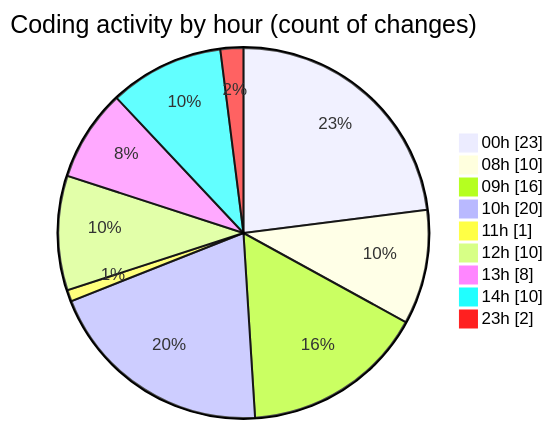
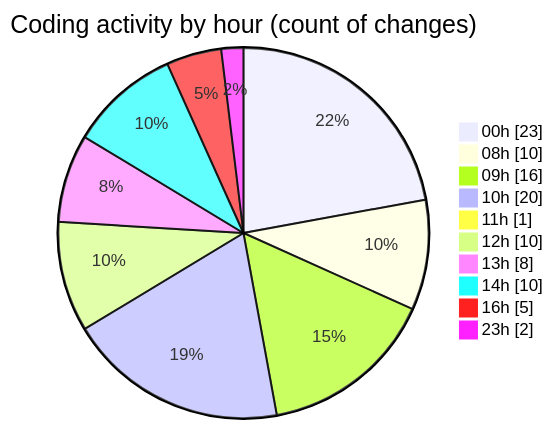
Before and after one commit to Elitesun/code-tracking: the second of 2 diagrams in 2025-05-29/advertise/README.md, drawn with Mermaid. The commit also changed other lines of this file and 1 other file, not shown here.

````diff
--- a/2025-05-29/advertise/README.md
+++ b/2025-05-29/advertise/README.md
@@ -40,13 +40,14 @@
 ```mermaid
 pie showData
 title Coding activity by hour (count of changes)
 "00h" : 23
 "08h" : 10
 "09h" : 16
 "10h" : 20
 "11h" : 1
 "12h" : 10
 "13h" : 8
 "14h" : 10
+"16h" : 5
 "23h" : 2
 ```
````
